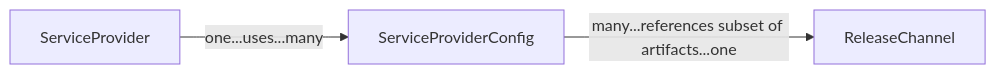
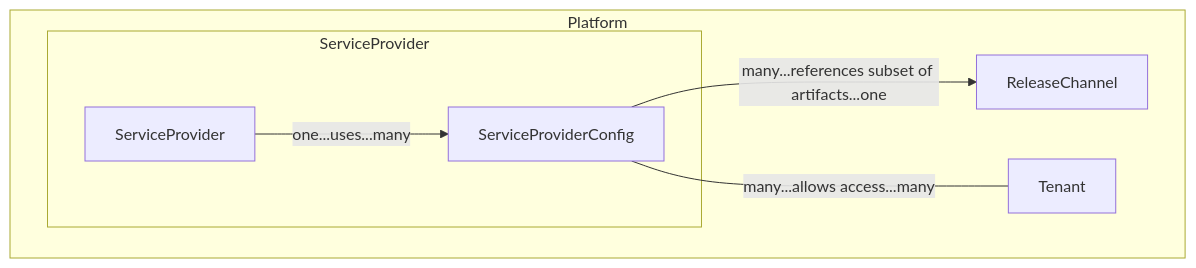
Before and after one commit to openmcp-project/docs: the third of 6 diagrams in docs/about/design/service-provider-design.md, drawn with Mermaid. The commit also changed other lines of this file, not shown here.

Commit message:
docs(serviceprovider): wip
On-behalf-of: @SAP christopher.junk@sap.com

````diff
--- a/docs/about/design/service-provider-design.md
+++ b/docs/about/design/service-provider-design.md
@@ -69,10 +69,16 @@
 ```mermaid
-graph LR
-    RC[ReleaseChannel]
-    SPC[ServiceProviderConfig]
-    SP[ServiceProvider]
+graph TD
+    subgraph Platform
+        subgraph ServiceProvider
+            SPC[ServiceProviderConfig]
+            SP[ServiceProvider]
+        end
+        TN[Tenant]
+        RC[ReleaseChannel]
+    end
 
     %% edges
     SP -->|one...uses...many|SPC
     SPC -->|many...references subset of artifacts...one|RC
+    SPC ---|many...allows access...many|TN
 ```
````
